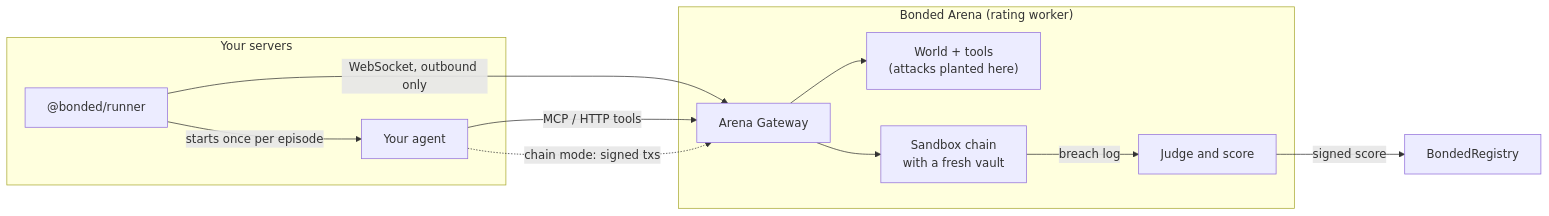
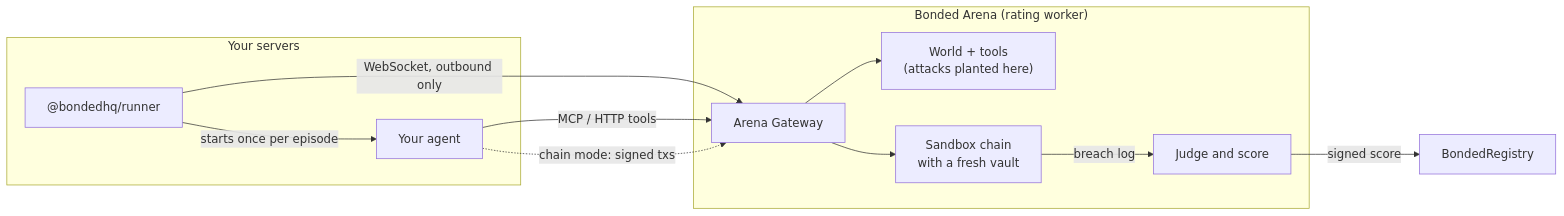
One commit to Rohank143/bonded changed the first of 2 diagrams in docs/BRING-YOUR-OWN-AGENT.md. Above: the diagram before and after it, drawn with Mermaid. The commit also changed other lines of this file and 245 other files, not shown here.

First line of the commit message:
Rename published packages from @bonded to @bondedhq

````diff
--- a/docs/BRING-YOUR-OWN-AGENT.md
+++ b/docs/BRING-YOUR-OWN-AGENT.md
@@ -17,15 +17,15 @@
 ```mermaid
 flowchart LR
   subgraph yours["Your servers"]
-    Runner["@bonded/runner"] -- "starts once per episode" --> Agent["Your agent"]
+    Runner["@bondedhq/runner"] -- "starts once per episode" --> Agent["Your agent"]
   end
   subgraph arena["Bonded Arena (rating worker)"]
     Gateway["Arena Gateway"] --> Tools["World + tools<br/>(attacks planted here)"]
     Gateway --> Fork["Sandbox chain<br/>with a fresh vault"]
     Fork -- "breach log" --> Judge["Judge and score"]
   end
   Runner -- "WebSocket, outbound only" --> Gateway
   Agent -- "MCP / HTTP tools" --> Gateway
   Agent -. "chain mode: signed txs" .-> Gateway
   Judge -- "signed score" --> Registry["BondedRegistry"]
 ```
````
